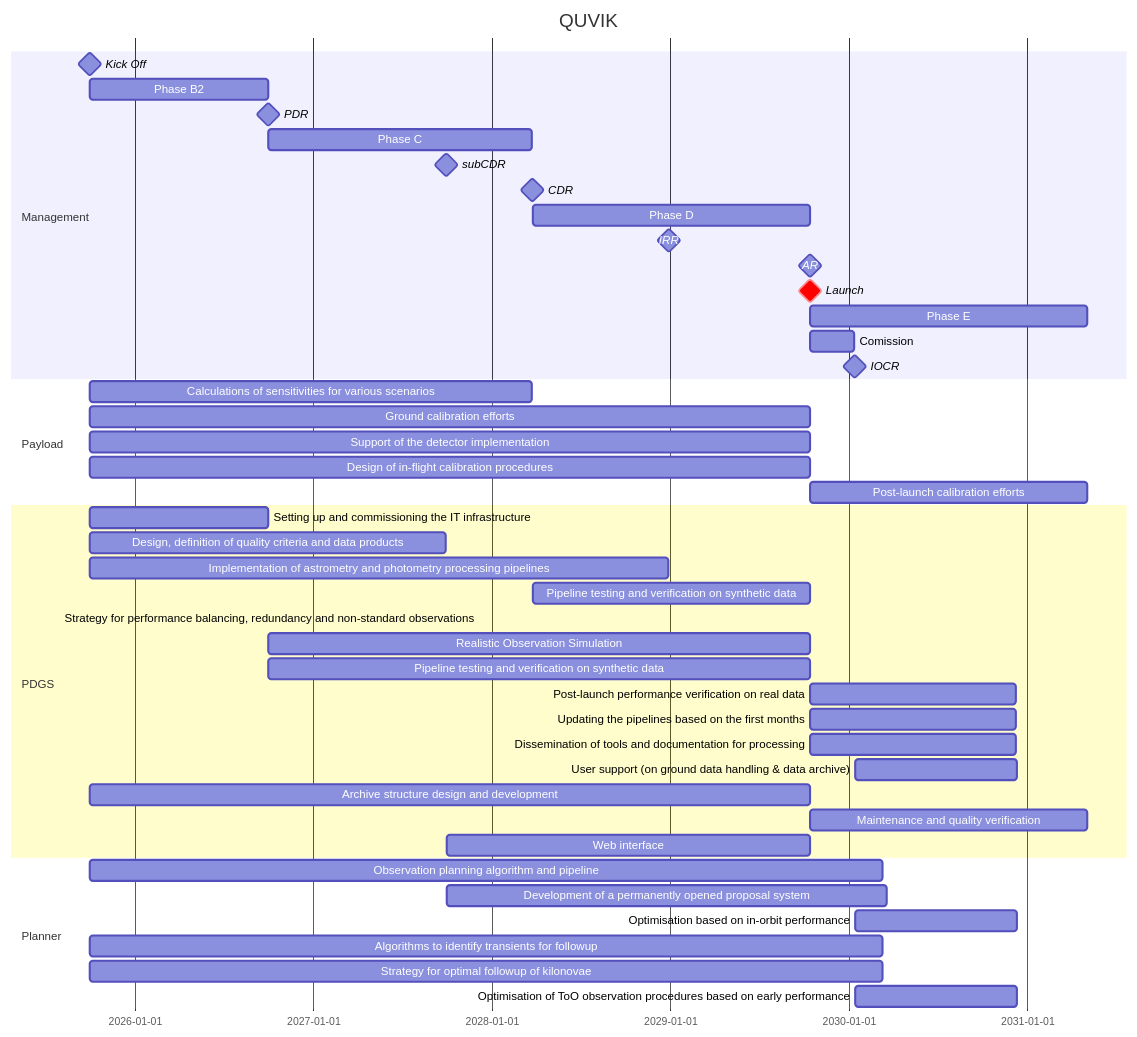
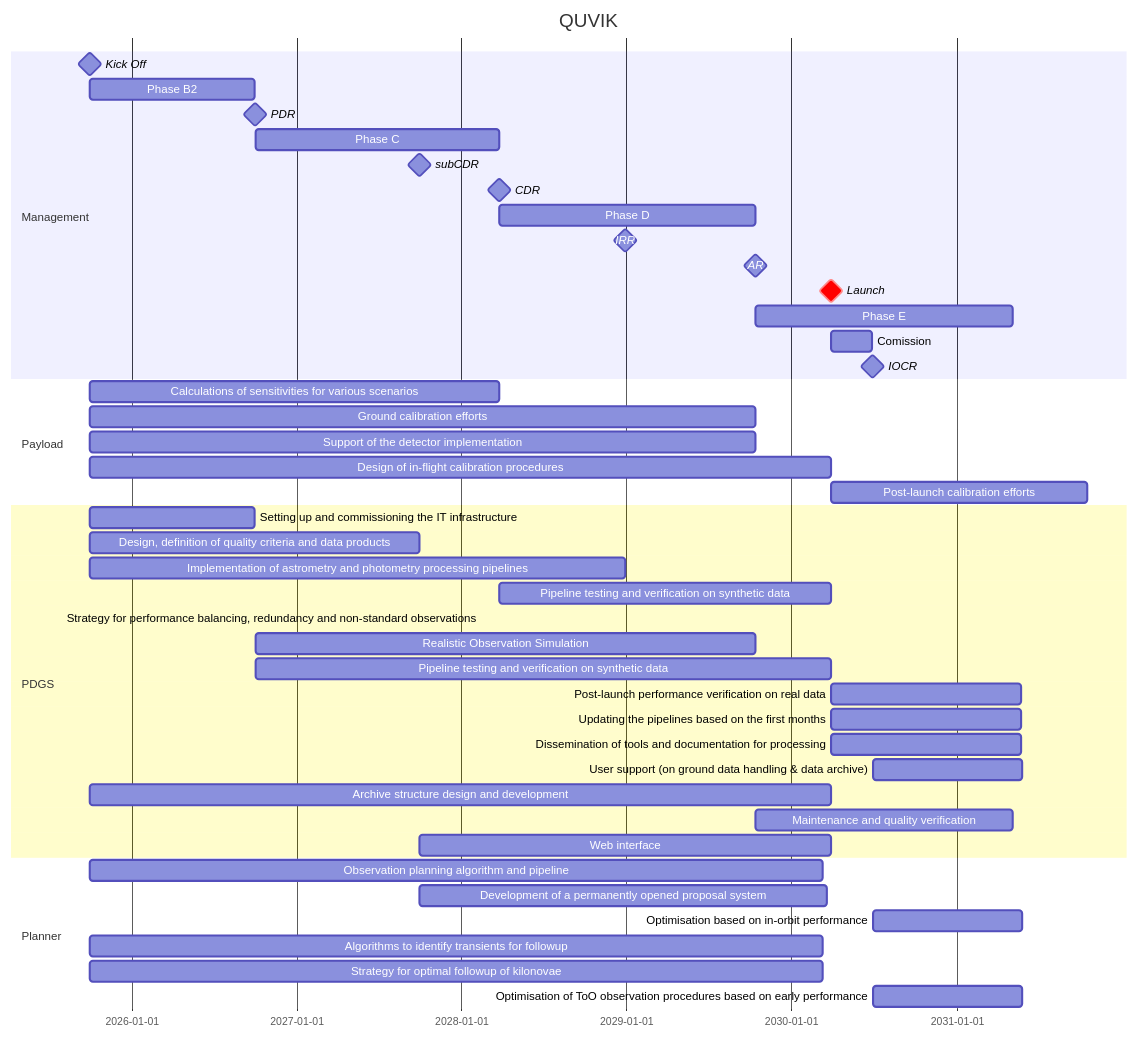
Before and after one commit to limu007/quvik: the diagram in calib/Block.md, drawn with Mermaid.

````diff
--- a/calib/Block.md
+++ b/calib/Block.md
@@ -3,50 +3,50 @@
 ```mermaid
 gantt
     title QUVIK
     dateFormat  YYYY-MM-DD
     section Management
     Kick Off : milestone, m1, 2025-09-31, 1d
     Phase B2 : b2, after m1, 52w
     PDR : milestone, pdr, after b2, 1d
     Phase C : c1, after pdr, 77w
     subCDR :  milestone, sc1, after des, 1d
     CDR : milestone, cdr, after c1, 1d
     Phase D : d1, after cdr, 81w
     IRR : milestone, irr, after imp, 1d
     AR : milestone, ar, after d1, 1d
-    Launch : crit, milestone, frr, after d1, 1d
-    Phase E : e1, after frr, 81w
+    Launch : crit, milestone, frr, after dcal, 1d
+    Phase E : e1, after ar, 81w
     Comission : e2, after frr, 13w
     IOCR : milestone, iocr, after e2, 1d
 
     section Payload
     Calculations of sensitivities for various scenarios :  after m1 , until cdr
     Ground calibration efforts :  after m1 , until ar
     Support of the detector implementation :  after m1 , until ar 
-    Design of in-flight calibration procedures :  after m1 , until frr
+    Design of in-flight calibration procedures :  dcal, after m1 , 234w
     Post-launch calibration efforts :  after frr , 81w 
 
     section PDGS
     Setting up and commissioning the IT infrastructure : after m1, until pdr
     Design, definition of quality criteria and data products : 	des, after m1	, 104w
     Implementation of astrometry and photometry processing pipelines : 	imp, after m1 , 169w
     Pipeline testing and verification on synthetic data : pp, after cdr, until frr
     Strategy for performance balancing, redundancy and non-standard observations :  after m1 , until arr
     Realistic Observation Simulation :  after pdr , until ar
     Pipeline testing and verification on synthetic data :  after pdr , until frr
     Post-launch performance verification on real data :  after frr , 420d
     Updating the pipelines based on the first months :  after frr , 420d
     Dissemination of tools and documentation for processing :  after frr , 420d
      User support (on ground data handling & data archive) :  after iocr , 330d
      Archive structure design and development :  after m1 , until frr
      Maintenance and quality verification :  after ar , 81w
      Web interface :  after sc1 , until frr
 
     section Planner
     Observation planning algorithm and pipeline :  after m1 , 1620d
     Development of a permanently opened proposal system :  after sc1 , 900d
     Optimisation based on in-orbit performance :  after iocr , 330d
     Algorithms to identify transients for followup :  after m1 , 1620d
     Strategy for optimal followup of kilonovae :  after m1 , 1620d
     Optimisation of ToO observation procedures based on early performance :  after iocr , 330d
 ```
````
